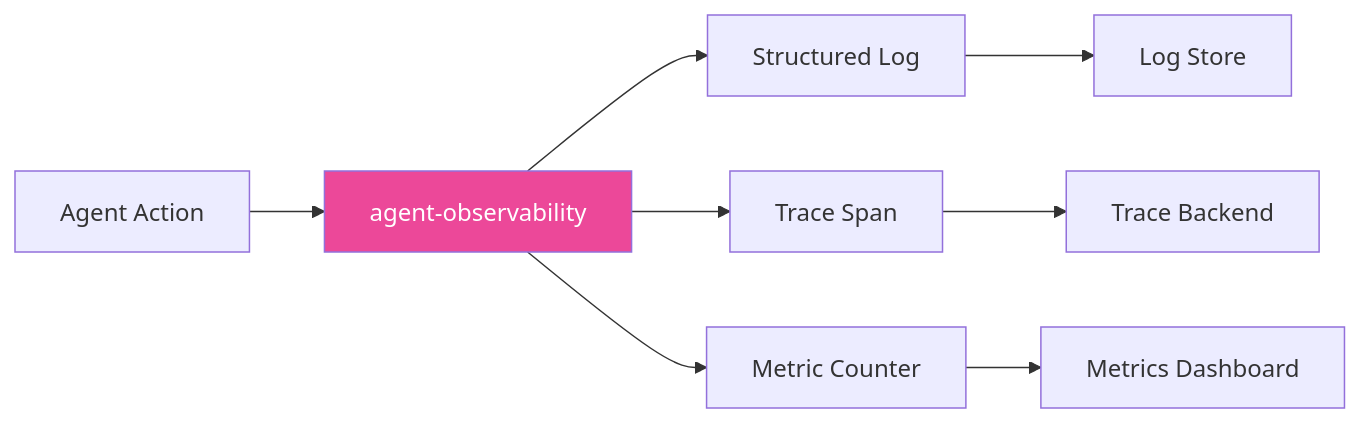
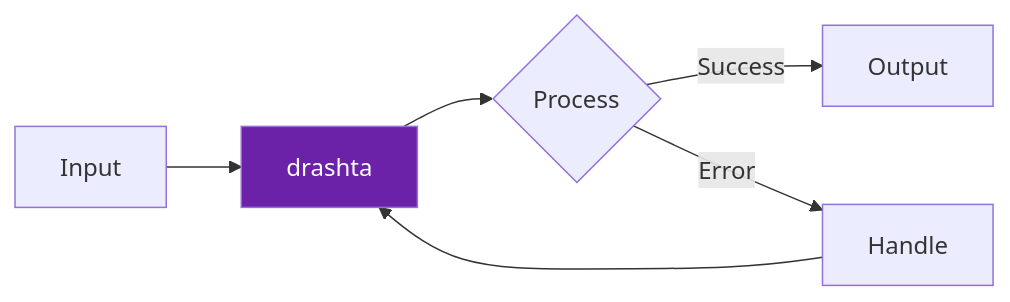
Before and after one commit to darshjme/agent-observability: the diagram in README.md, drawn with Mermaid. The commit also changed other lines of this file and 1 other file, not shown here.

First line of the commit message:
feat(vedic-v3): rename to drashta (द्रष्टा)

````diff
--- a/README.md
+++ b/README.md
@@ -48,11 +39,9 @@
 ```mermaid
 flowchart LR
-    A[Agent Action] --> B[agent-observability]
-    B --> C[Structured Log]
-    B --> D[Trace Span]
-    B --> E[Metric Counter]
-    C --> F[Log Store]
-    D --> G[Trace Backend]
-    E --> H[Metrics Dashboard]
-    style B fill:#ec4899,color:#fff
+    A[Input] --> B[drashta]
+    B --> C{Process}
+    C -- Success --> D[Output]
+    C -- Error --> E[Handle]
+    E --> B
+    style B fill:#6b21a8,color:#fff
 ```
````
